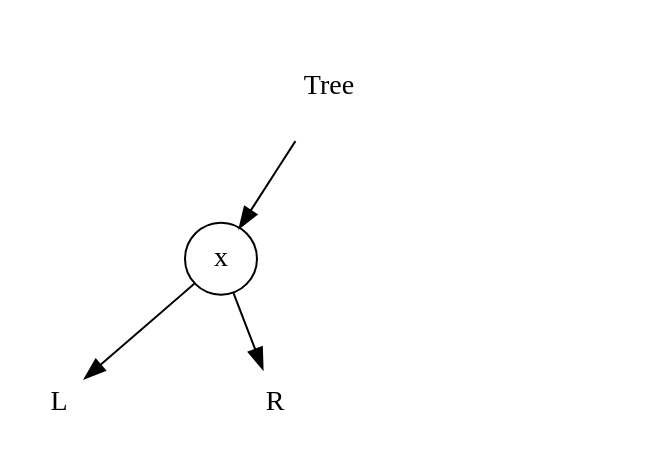
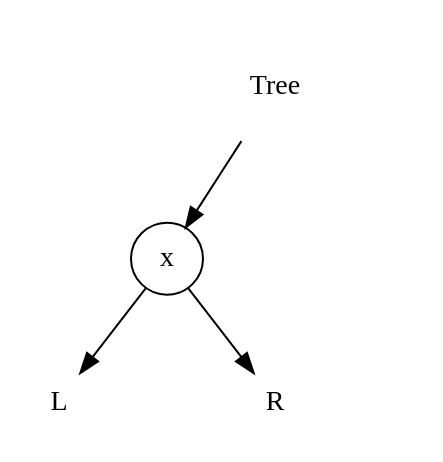
Before and after one commit to liuxinyu95/AlgoXY: the diagram in algo/datastruct/tree/binary-search-tree/img/del-branch-before.dot, drawn with Graphviz. The commit also changed 3 other files, not shown here.

```diff
--- a/algo/datastruct/tree/binary-search-tree/img/del-branch-before.dot
+++ b/algo/datastruct/tree/binary-search-tree/img/del-branch-before.dot
@@ -1,25 +1,26 @@
 digraph G{
 	node[shape=circle]
 	ak[label="Tree", style=filled, color=white];
 	aL[label="x"];
 	nilaLl[label="L", style=filled, color=white];
 	nilaLr[label="R", style=filled, color=white];
 	nilaLm[label="", style=invis];
 	aL->nilaLl;
 	aL->nilaLm[style=invis];
 	aL->nilaLr;
 	{rank=same nilaLl->nilaLm->nilaLr[style=invis]}
 	aR[label="R", style=invis, color=white];
+	/*
 	nilaRl[label="", style=invis];
 	nilaRr[label="", style=invis];
 	nilaRm[label="", style=invis];
 	aR->nilaRl[style=invis];
 	aR->nilaRm[style=invis];
 	aR->nilaRr[style=invis];
-	{rank=same nilaRl->nilaRm->nilaRr[style=invis]}
+	{rank=same nilaRl->nilaRm->nilaRr[style=invis]}*/
 	nilakm[label="", style=invis];
 	ak->aL
 	ak->nilakm[style=invis];
 	ak->aR[style=invis]
 	{rank=same aL->nilakm->aR[style=invis]}
 }
```
